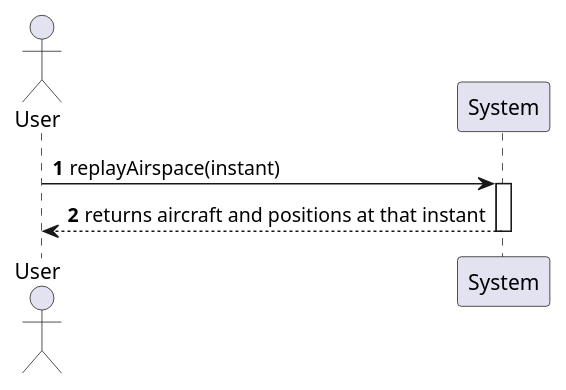
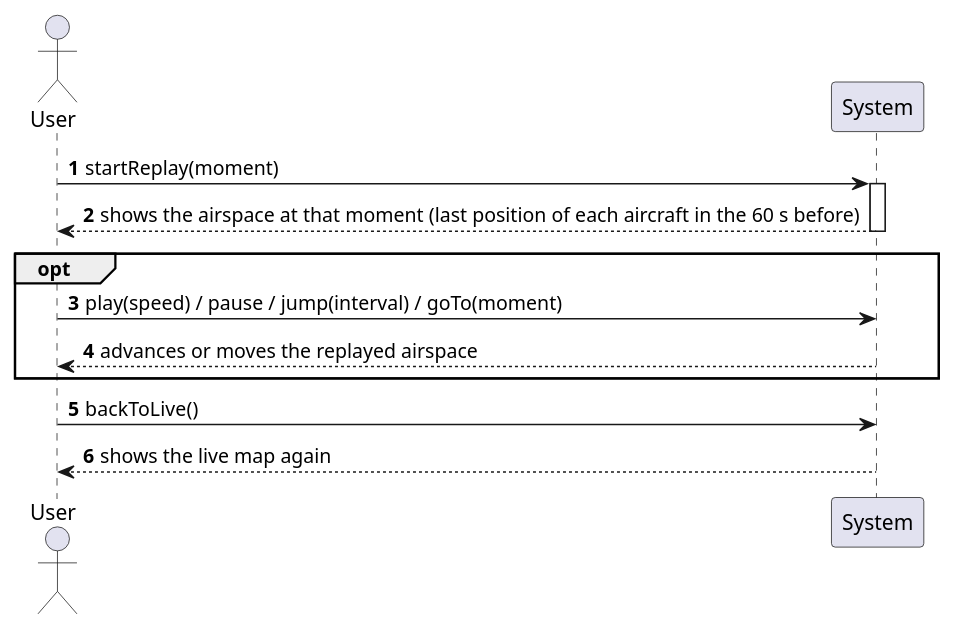
Before and after one commit to miguelsiilva1/SkyTracer: the diagram in docs/system-documentation/use-cases/US12/puml/ssd_us12.puml, drawn with PlantUML. The commit also changed 18 other files, not shown here.

First line of the commit message:
feat: replay the stored airspace

```diff
--- a/docs/system-documentation/use-cases/US12/puml/ssd_us12.puml
+++ b/docs/system-documentation/use-cases/US12/puml/ssd_us12.puml
@@ -1,10 +1,16 @@
 @startuml
 autonumber
 actor "User" as A
 participant "System" as S
 
-A -> S : replayAirspace(instant)
+A -> S : startReplay(moment)
 activate S
-S --> A : returns aircraft and positions at that instant
+S --> A : shows the airspace at that moment (last position of each aircraft in the 60 s before)
 deactivate S
+opt
+  A -> S : play(speed) / pause / jump(interval) / goTo(moment)
+  S --> A : advances or moves the replayed airspace
+end
+A -> S : backToLive()
+S --> A : shows the live map again
 @enduml
```
